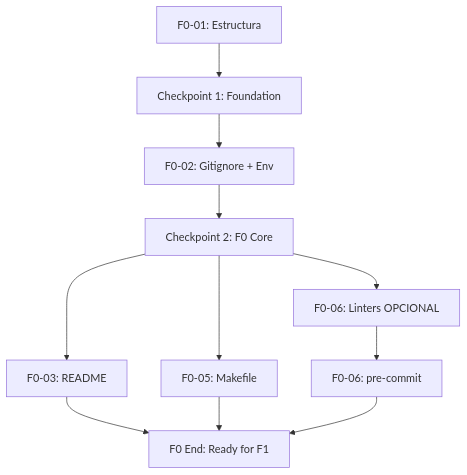
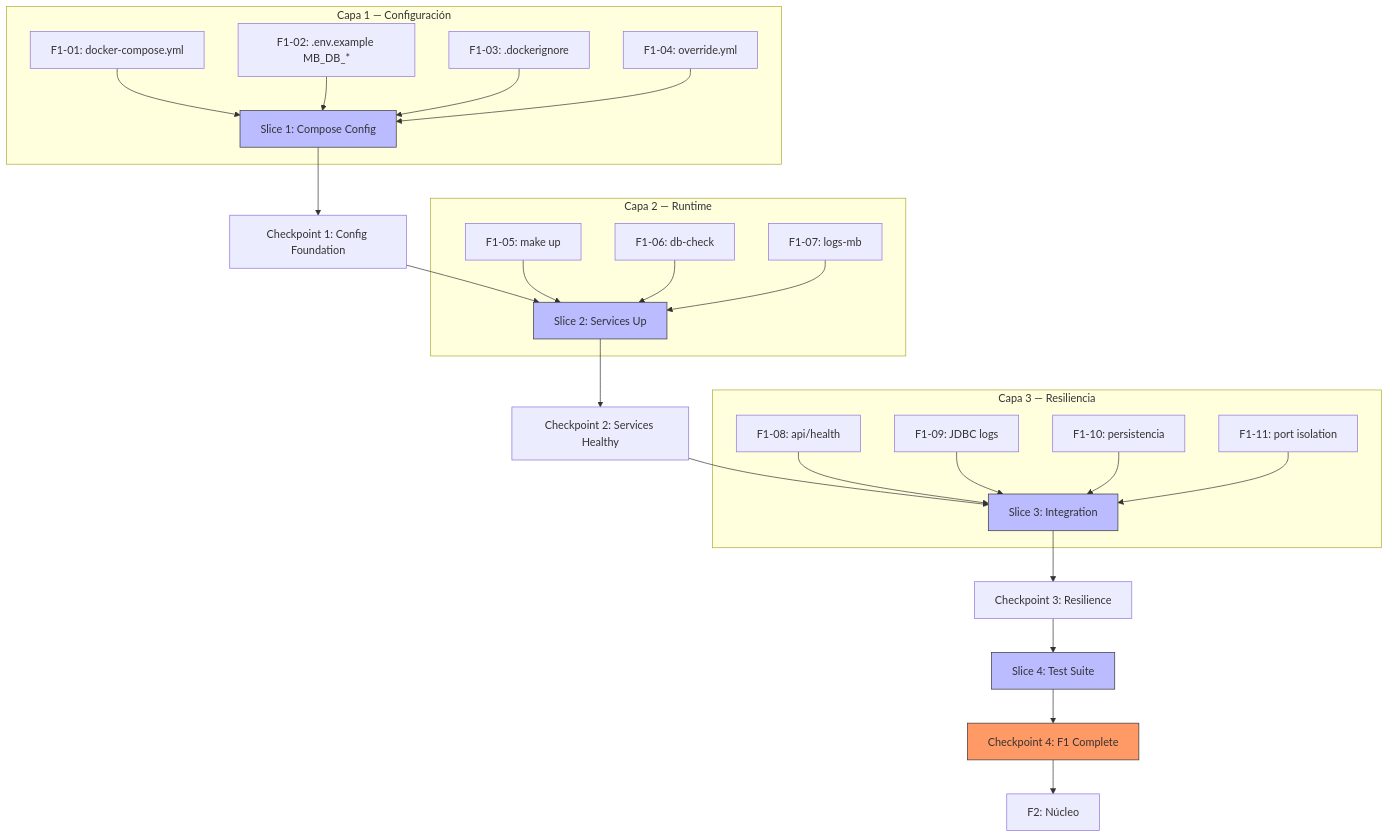
Before and after one commit to Fisherk2/dashboard-metabase-analiticas: the diagram in tasks/plan.md, drawn with Mermaid. The commit also changed other lines of this file and 1 other file, not shown here.

````diff
--- a/tasks/plan.md
+++ b/tasks/plan.md
@@ -108,13 +125,37 @@
 ```mermaid
 graph TD
-    A[F0-01: Estructura] --> B[Checkpoint 1: Foundation]
-    B --> C[F0-02: Gitignore + Env]
-    C --> D[Checkpoint 2: F0 Core]
-    D --> E[F0-03: README]
-    D --> F[F0-05: Makefile]
-    E --> G[F0 End: Ready for F1]
-    F --> G
-    D --> H[F0-06: Linters OPCIONAL]
-    H --> I[F0-06: pre-commit]
-    I --> G
+    A[Slice 1: Compose Config] --> B[Checkpoint 1: Config Foundation]
+    B --> C[Slice 2: Services Up]
+    C --> D[Checkpoint 2: Services Healthy]
+    D --> E[Slice 3: Integration]
+    E --> F[Checkpoint 3: Resilience]
+    F --> G[Slice 4: Test Suite]
+    G --> H[Checkpoint 4: F1 Complete]
+    H --> I[F2: Núcleo]
+    
+    subgraph "Capa 1 — Configuración"
+        A1[F1-01: docker-compose.yml] --> A
+        A2[F1-02: .env.example MB_DB_*] --> A
+        A3[F1-03: .dockerignore] --> A
+        A4[F1-04: override.yml] --> A
+    end
+    
+    subgraph "Capa 2 — Runtime"
+        B1[F1-05: make up] --> C
+        B2[F1-06: db-check] --> C
+        B3[F1-07: logs-mb] --> C
+    end
+    
+    subgraph "Capa 3 — Resiliencia"
+        D1[F1-08: api/health] --> E
+        D2[F1-09: JDBC logs] --> E
+        D3[F1-10: persistencia] --> E
+        D4[F1-11: port isolation] --> E
+    end
+    
+    style A fill:#bbf,stroke:#333
+    style C fill:#bbf,stroke:#333
+    style E fill:#bbf,stroke:#333
+    style G fill:#bbf,stroke:#333
+    style H fill:#f96,stroke:#333
 ```
````
